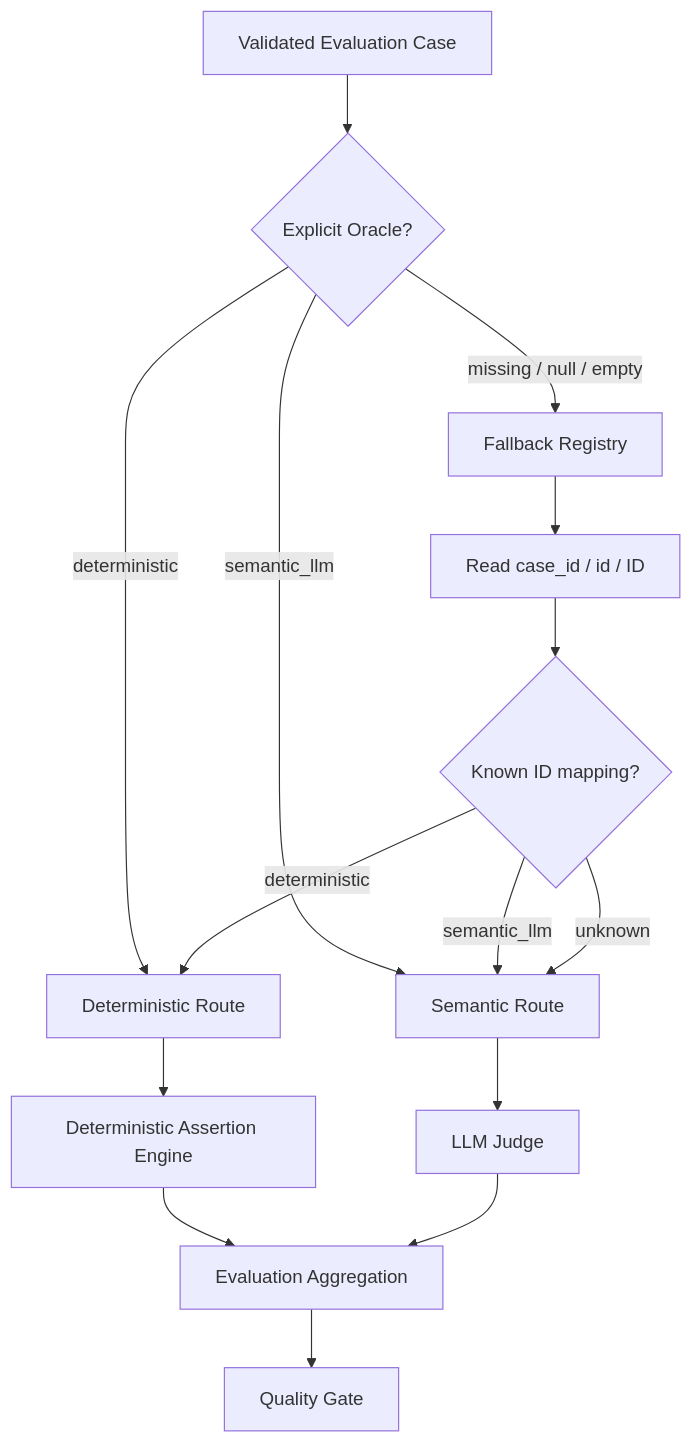
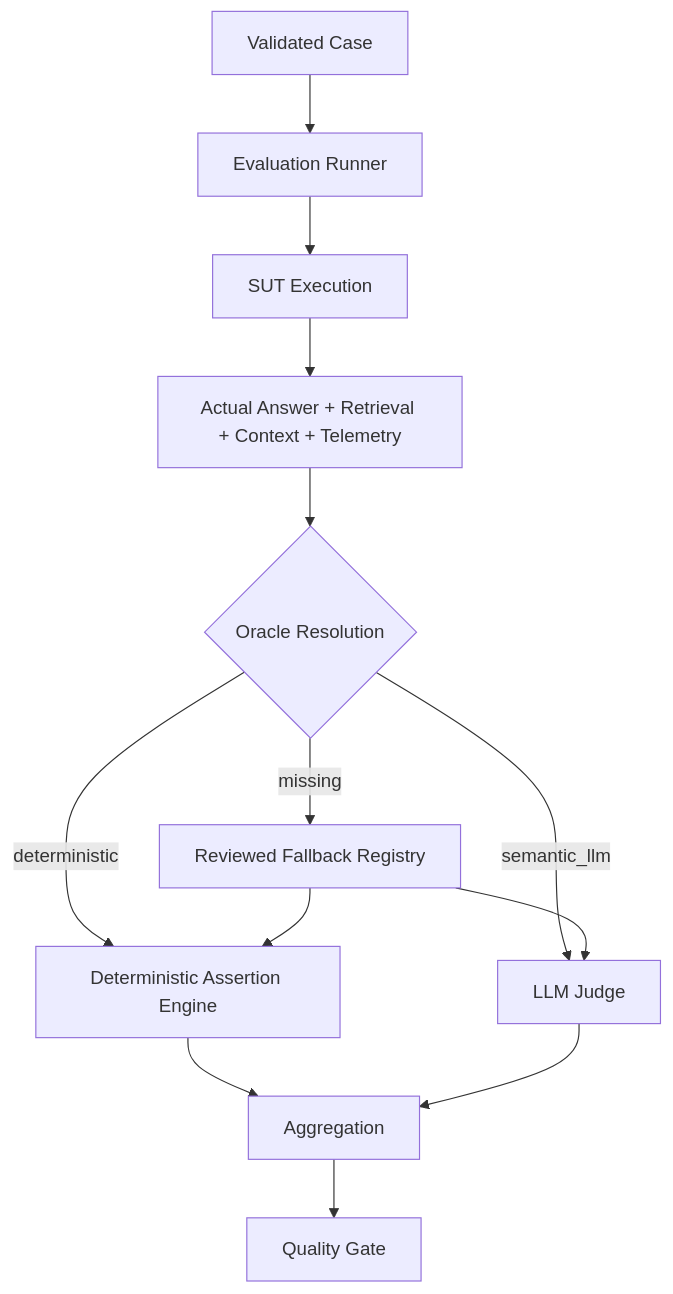
Before and after one commit to oleksandrserhieiev-beep/ai-qe-lab: the fourth of 8 diagrams in docs/architecture.md, drawn with Mermaid. The commit also changed other lines of this file, not shown here.

Commit message:
Separate SUT evaluation validation and CI pipelines

````diff
--- a/docs/architecture.md
+++ b/docs/architecture.md
@@ -134,17 +145,15 @@
 ```mermaid
 flowchart TD
-    C[Validated Evaluation Case] --> O{Explicit Oracle?}
-    O -->|deterministic| D[Deterministic Route]
-    O -->|semantic_llm| S[Semantic Route]
-    O -->|missing / null / empty| F[Fallback Registry]
-    F --> ID[Read case_id / id / ID]
-    ID --> M{Known ID mapping?}
-    M -->|deterministic| D
-    M -->|semantic_llm| S
-    M -->|unknown| S
-    D --> ENG[Deterministic Assertion Engine]
-    S --> LLM[LLM Judge]
-    ENG --> AG[Evaluation Aggregation]
-    LLM --> AG
-    AG --> G[Quality Gate]
+    C[Validated Case] --> R[Evaluation Runner]
+    R --> S[SUT Execution]
+    S --> E[Actual Answer + Retrieval + Context + Telemetry]
+    E --> O{Oracle Resolution}
+    O -->|deterministic| D[Deterministic Assertion Engine]
+    O -->|semantic_llm| J[LLM Judge]
+    O -->|missing| F[Reviewed Fallback Registry]
+    F --> D
+    F --> J
+    D --> A[Aggregation]
+    J --> A
+    A --> G[Quality Gate]
 ```
````
